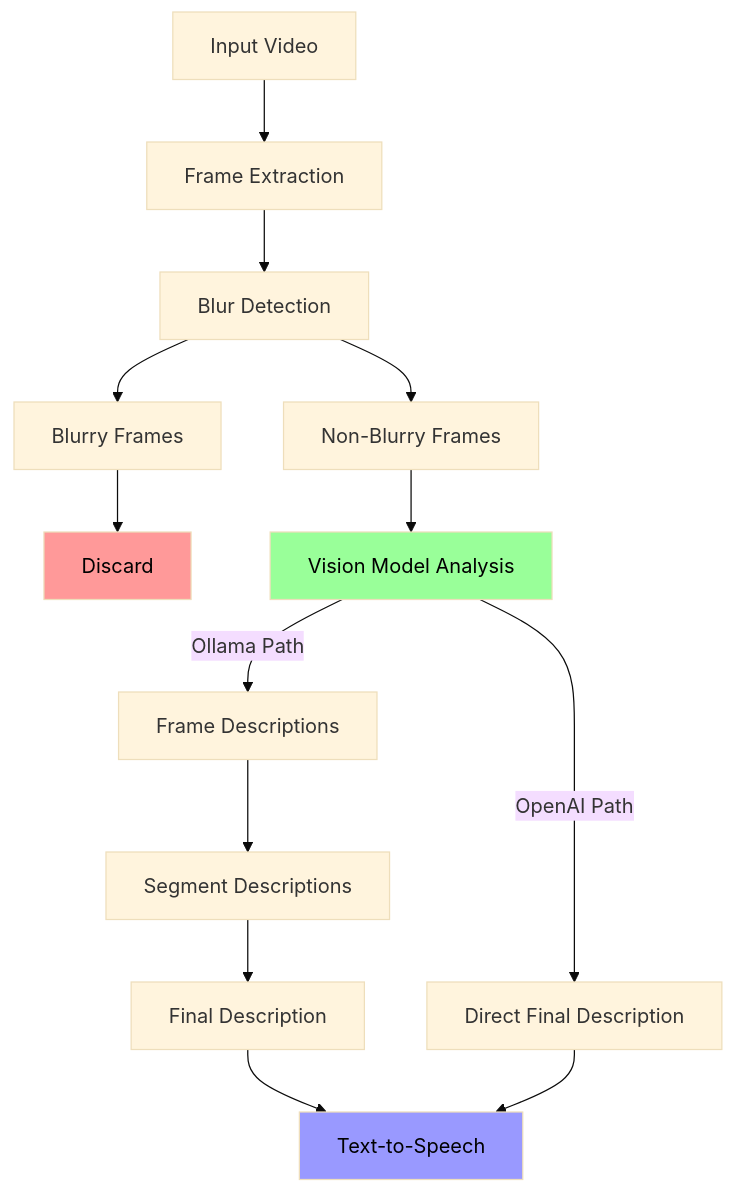
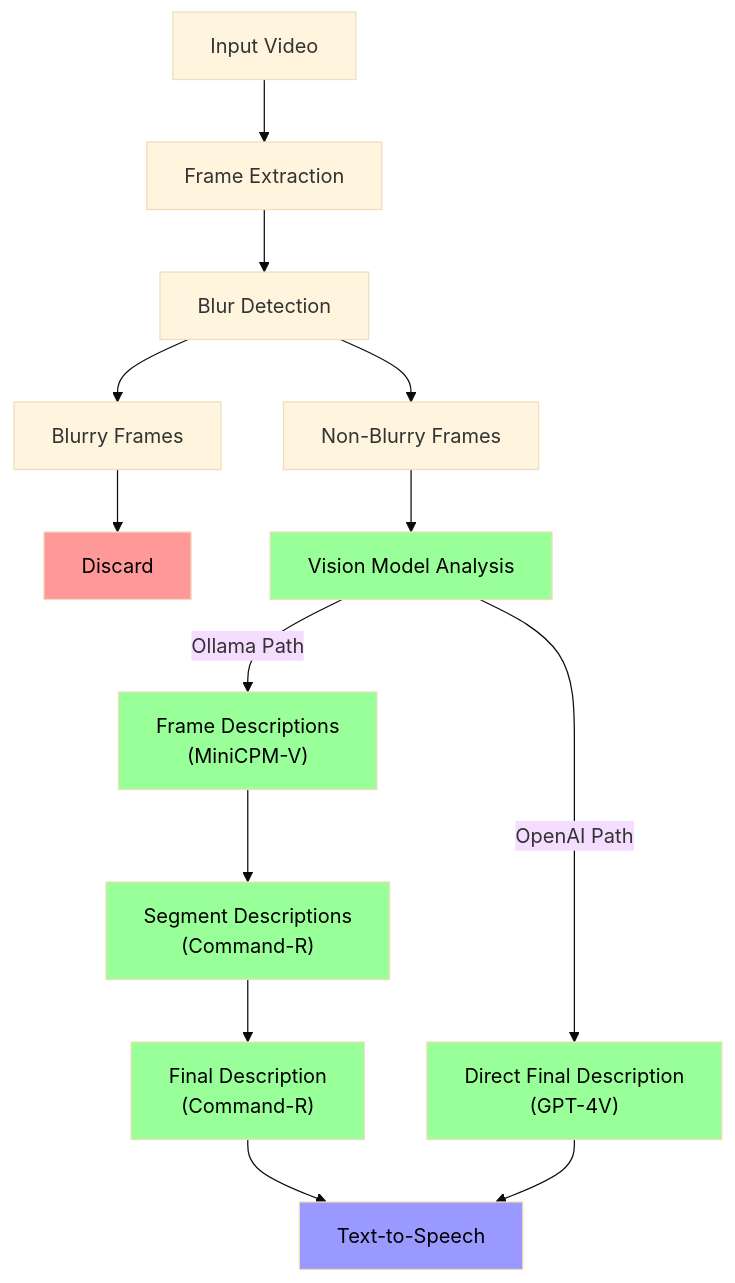
One commit to deonblaauw/Ollama-VideoSage changed the diagram in README.md. Above: the diagram before and after it, drawn with Mermaid (base theme).

Commit message:
README diagram updated

````diff
--- a/README.md
+++ b/README.md
@@ -20,19 +20,23 @@
 ```mermaid
 graph TD
     A[Input Video] --> B[Frame Extraction]
     B --> C[Blur Detection]
     C --> D[Non-Blurry Frames]
     C --> E[Blurry Frames]
     E --> F[Discard]
     D --> G[Vision Model Analysis]
-    G --> |OpenAI Path| H[Direct Final Description]
-    G --> |Ollama Path| I[Frame Descriptions]
-    I --> J[Segment Descriptions]
-    J --> K[Final Description]
+    G --> |OpenAI Path| H["Direct Final Description<br/>(GPT-4V)"]
+    G --> |Ollama Path| I["Frame Descriptions<br/>(MiniCPM-V)"]
+    I --> J["Segment Descriptions<br/>(Command-R)"]
+    J --> K["Final Description<br/>(Command-R)"]
     K --> L[Text-to-Speech]
     H --> L
     
     style F fill:#ff9999,color:black
     style G fill:#99ff99,color:black
+    style H fill:#99ff99,color:black
+    style I fill:#99ff99,color:black
+    style J fill:#99ff99,color:black
+    style K fill:#99ff99,color:black
     style L fill:#9999ff,color:black
 ```
````
